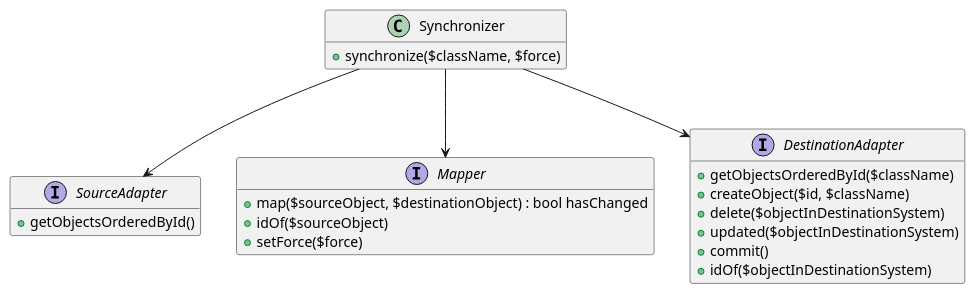
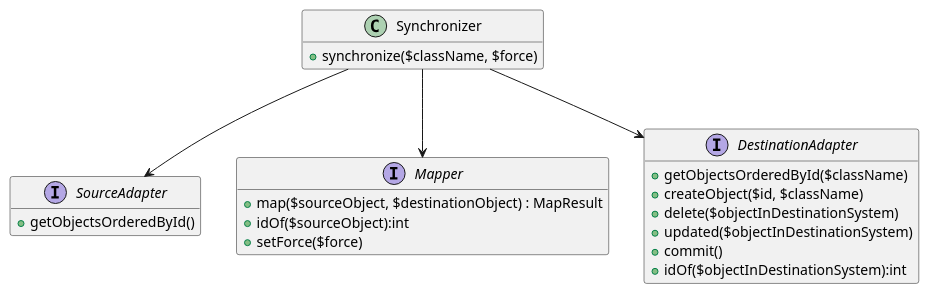
The diagram in doc/class-diagram.puml (webfactory/content-mapping), drawn with PlantUML before and after one commit. The commit also changed 3 other files, not shown here.

Commit message:
changed Mapper->map return value to not rely on object referneces; e.g. the solarium client gives readOnly documents for select queries, so we want to work with a different object (with the same values)

```diff
--- a/doc/class-diagram.puml
+++ b/doc/class-diagram.puml
@@ -1,33 +1,33 @@
 @startuml
 
 hide empty methods
 hide empty fields
 
 class Synchronizer {
     +synchronize($className, $force)
 }
 
 interface SourceAdapter {
     +getObjectsOrderedById()
 }
 
 interface Mapper {
-    +map($sourceObject, $destinationObject) : bool hasChanged
-    +idOf($sourceObject)
+    +map($sourceObject, $destinationObject) : MapResult
+    +idOf($sourceObject):int
     +setForce($force)
 }
 
 interface DestinationAdapter {
     +getObjectsOrderedById($className)
     +createObject($id, $className)
     +delete($objectInDestinationSystem)
     +updated($objectInDestinationSystem)
     +commit()
-    +idOf($objectInDestinationSystem)
+    +idOf($objectInDestinationSystem):int
 }
 
 Synchronizer --> SourceAdapter
 Synchronizer --> Mapper
 Synchronizer --> DestinationAdapter
 
 @enduml
```
